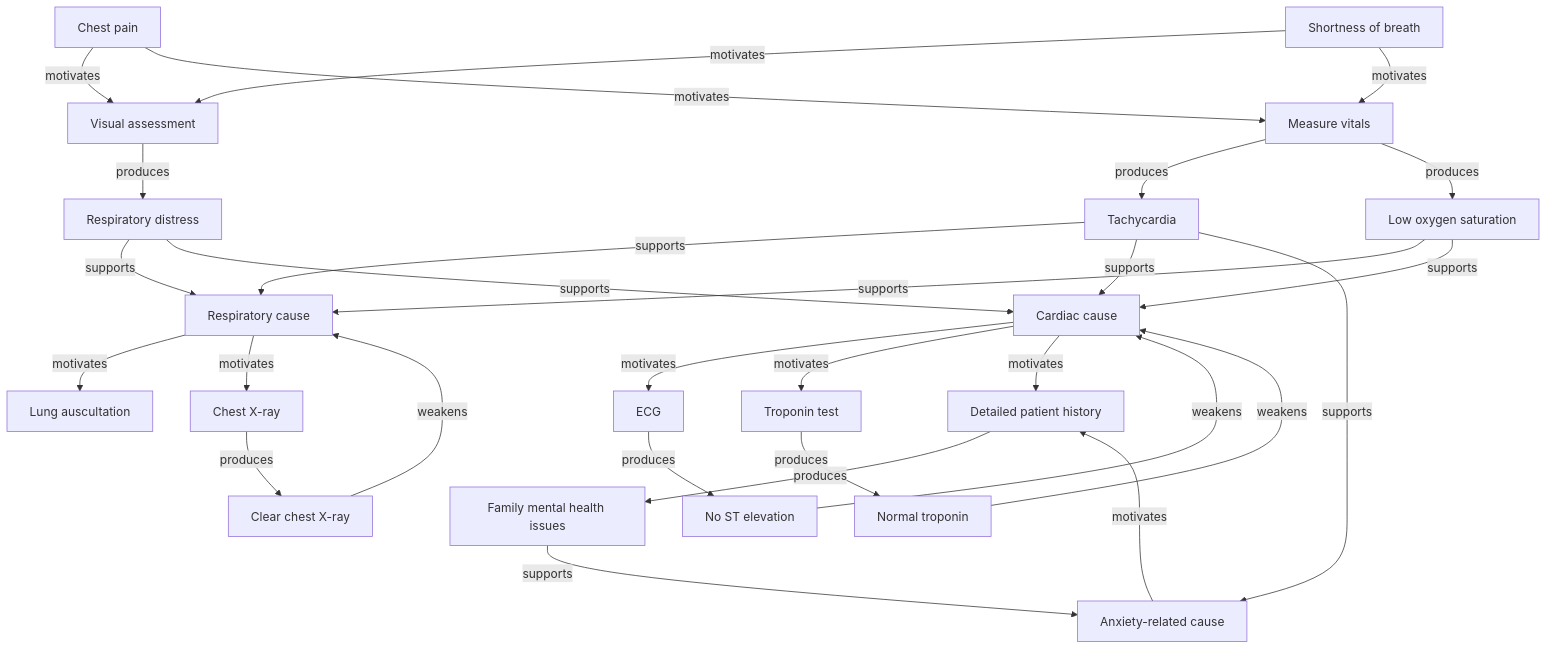
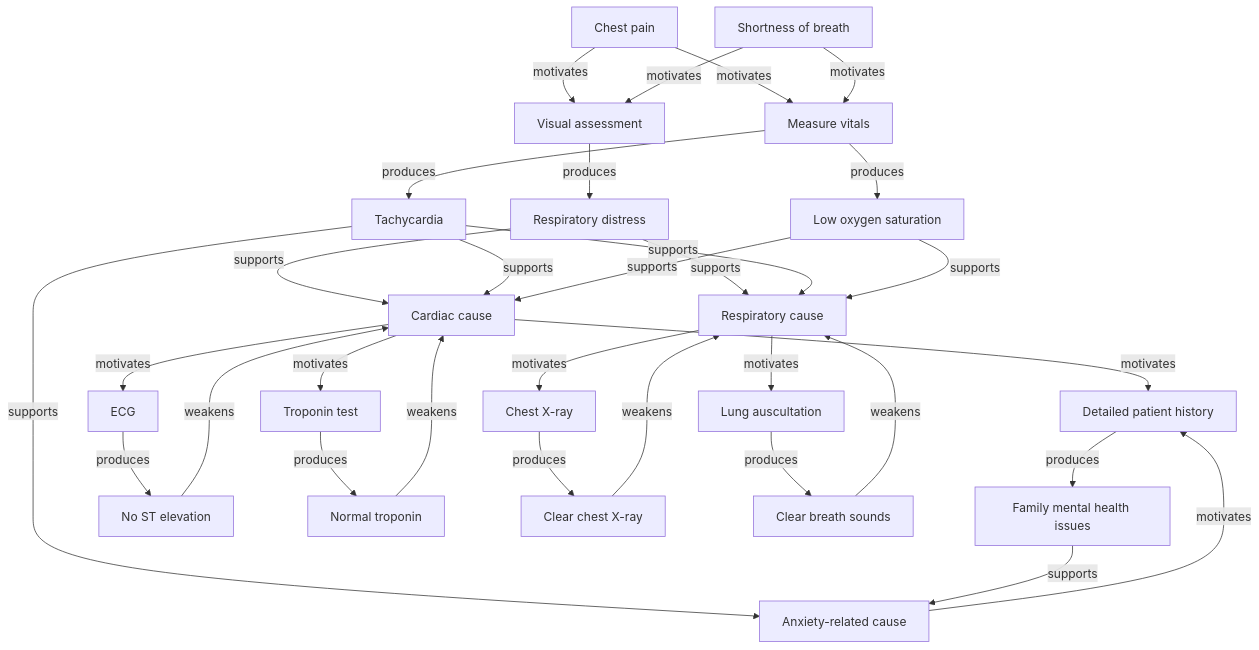
One commit to kahunacohen/why changed the diagram in diagrams/medical.mmd. Above: the diagram before and after it, drawn with Mermaid.

```diff
--- a/diagrams/medical.mmd
+++ b/diagrams/medical.mmd
@@ -1,78 +1,82 @@
 flowchart TD
 
 %% Initial complaints
 C1["Chest pain"]
 C2["Shortness of breath"]
 
 %% Initial investigative actions
 A1["Visual assessment"]
 A2["Measure vitals"]
 
 %% Initial complaints motivate actions
 C1 -->|motivates| A1
 C2 -->|motivates| A1
 C1 -->|motivates| A2
 C2 -->|motivates| A2
 
 %% Initial observations
 O1["Respiratory distress"]
 O2["Tachycardia"]
 O3["Low oxygen saturation"]
 
 %% Actions produce observations
 A1 -->|produces| O1
 A2 -->|produces| O2
 A2 -->|produces| O3
 
 %% Hypotheses
 H1["Respiratory cause"]
 H2["Cardiac cause"]
 H3["Anxiety-related cause"]
 
 %% Observations support hypotheses
 O1 -->|supports| H1
 O1 -->|supports| H2
 
 O2 -->|supports| H1
 O2 -->|supports| H2
 O2 -->|supports| H3
 
 O3 -->|supports| H1
 O3 -->|supports| H2
 
 %% Respiratory investigation
 A5["Lung auscultation"]
 A6["Chest X-ray"]
 
 H1 -->|motivates| A5
 H1 -->|motivates| A6
 
 %% Cardiac investigation
 A3["ECG"]
 A4["Troponin test"]
 
 H2 -->|motivates| A3
 H2 -->|motivates| A4
 
 %% Patient history
 A7["Detailed patient history"]
 
 H3 -->|motivates| A7
 H2 -->|motivates| A7
 
 O5["Family mental health issues"]
 A7 -->|produces| O5
 O5 -->|supports| H3
 
 %% ECG result
 O4["No ST elevation"]
 A3 -->|produces| O4
 O4 -->|weakens| H2
 
 O6["Normal troponin"]
 A4 -->|produces| O6
 O6 -->|weakens| H2
 
 O7["Clear chest X-ray"]
 A6 -->|produces| O7
 O7 -->|weakens| H1
+
+O8["Clear breath sounds"]
+A5 -->|produces| O8
+O8 -->|weakens| H1
```
